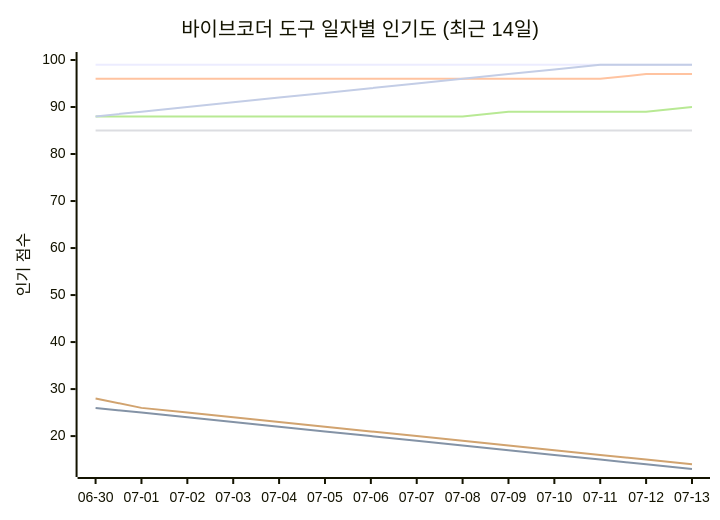
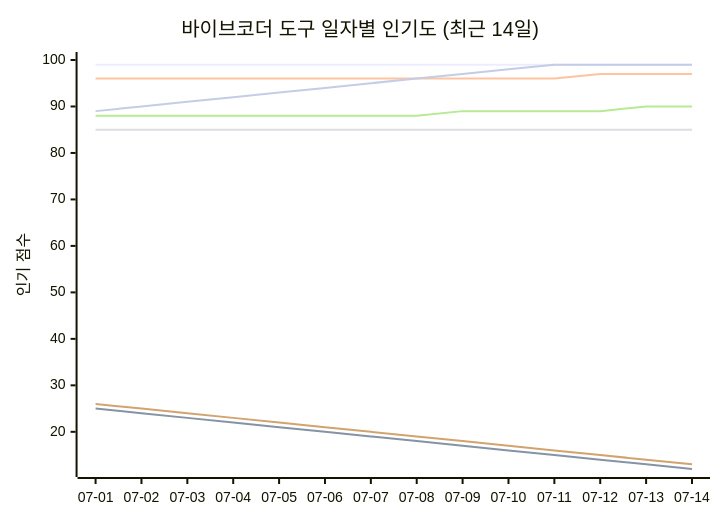
One commit to tykimos/ai-whatchelin changed the seventh of 11 diagrams in README_ko.md. Above: the diagram before and after it, drawn with Mermaid. The commit also changed other lines of this file and 4 other files, not shown here.

````diff
--- a/README_ko.md
+++ b/README_ko.md
@@ -1947,13 +1947,13 @@
 ```mermaid
 xychart-beta
     title "바이브코더 도구 일자별 인기도 (최근 14일)"
-    x-axis ["06-30", "07-01", "07-02", "07-03", "07-04", "07-05", "07-06", "07-07", "07-08", "07-09", "07-10", "07-11", "07-12", "07-13"]
-    y-axis "인기 점수" 13 --> 100
+    x-axis ["07-01", "07-02", "07-03", "07-04", "07-05", "07-06", "07-07", "07-08", "07-09", "07-10", "07-11", "07-12", "07-13", "07-14"]
+    y-axis "인기 점수" 12 --> 100
     line "Claude Code" [99, 99, 99, 99, 99, 99, 99, 99, 99, 99, 99, 99, 99, 99]
-    line "GH Copilot" [26, 25, 24, 23, 22, 21, 20, 19, 18, 17, 16, 15, 14, 13]
-    line "Cursor" [96, 96, 96, 96, 96, 96, 96, 96, 96, 96, 96, 96, 97, 97]
+    line "GH Copilot" [25, 24, 23, 22, 21, 20, 19, 18, 17, 16, 15, 14, 13, 12]
+    line "Cursor" [96, 96, 96, 96, 96, 96, 96, 96, 96, 96, 96, 97, 97, 97]
     line "Windsurf" [85, 85, 85, 85, 85, 85, 85, 85, 85, 85, 85, 85, 85, 85]
-    line "Codex CLI" [88, 88, 88, 88, 88, 88, 88, 88, 88, 89, 89, 89, 89, 90]
-    line "Gemini CLI" [28, 26, 25, 24, 23, 22, 21, 20, 19, 18, 17, 16, 15, 14]
-    line "Antigravity" [88, 89, 90, 91, 92, 93, 94, 95, 96, 97, 98, 99, 99, 99]
+    line "Codex CLI" [88, 88, 88, 88, 88, 88, 88, 88, 89, 89, 89, 89, 90, 90]
+    line "Gemini CLI" [26, 25, 24, 23, 22, 21, 20, 19, 18, 17, 16, 15, 14, 13]
+    line "Antigravity" [89, 90, 91, 92, 93, 94, 95, 96, 97, 98, 99, 99, 99, 99]
 ```
````
